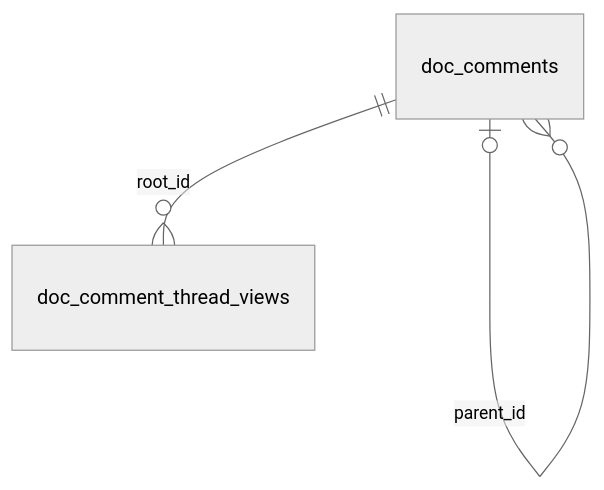
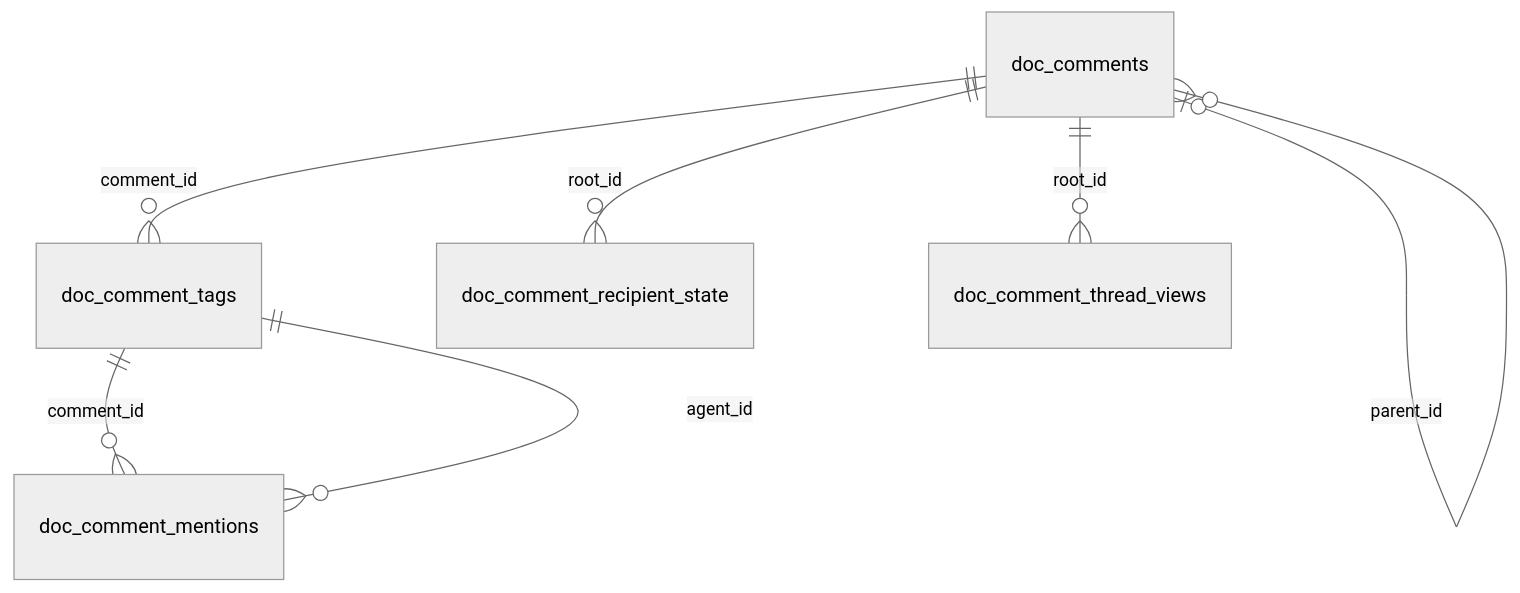
One commit to cebertowicz/corsia changed the second of 4 diagrams in docs/reference/data-model/documents-and-artifacts.md. Above: the diagram before and after it, drawn with Mermaid (neutral theme). The commit also changed other lines of this file and 6 other files, not shown here.

Commit message:
Refine comment locality and schema reference

````diff
--- a/docs/reference/data-model/documents-and-artifacts.md
+++ b/docs/reference/data-model/documents-and-artifacts.md
@@ -19,5 +19,9 @@
 ```mermaid
 erDiagram
+    doc_comment_tags ||--o{ doc_comment_mentions : comment_id
+    doc_comment_tags ||--o{ doc_comment_mentions : agent_id
+    doc_comments ||--o{ doc_comment_recipient_state : root_id
+    doc_comments ||--o{ doc_comment_tags : comment_id
     doc_comments ||--o{ doc_comment_thread_views : root_id
     doc_comments o|--o{ doc_comments : parent_id
 ```
````
